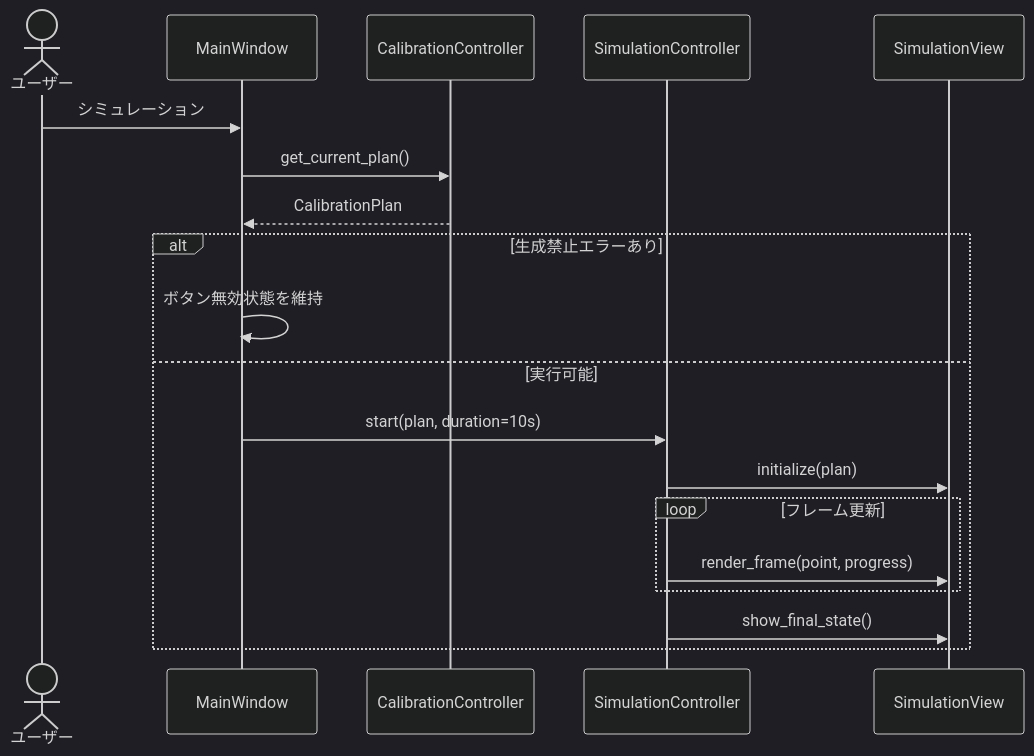
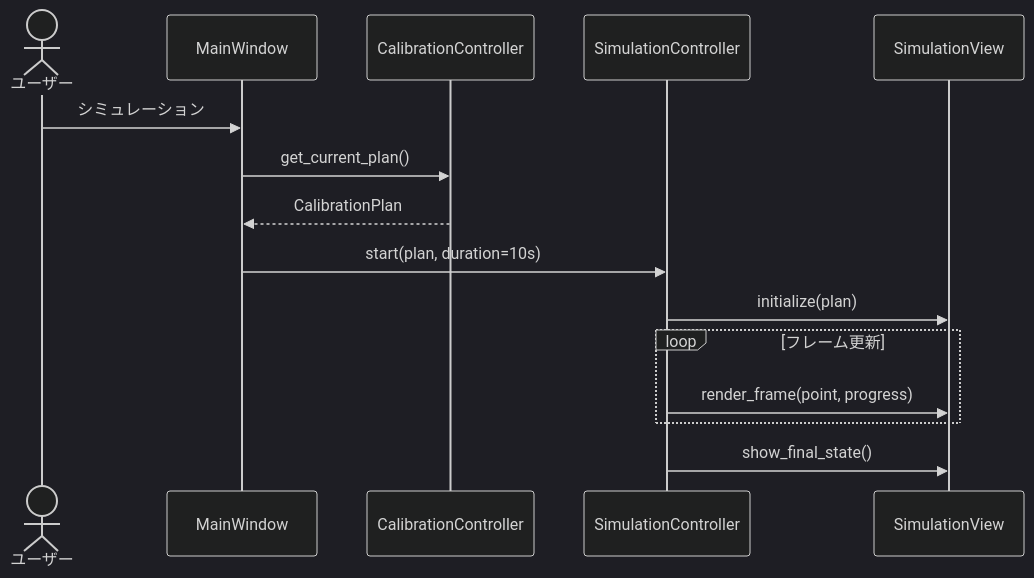
The sixth of 12 diagrams in docs/architecture_design.md (Pakfat50/FiveHolePitotTubeCalibration), drawn with Mermaid (dark theme) before and after one commit. The commit also changed other lines of this file, not shown here.

Commit message:
docs: split internal diagram into call tree and data flow

````diff
--- a/docs/architecture_design.md
+++ b/docs/architecture_design.md
@@ -190,22 +177,17 @@
 ```mermaid
 sequenceDiagram
     actor User as ユーザー
     participant MainWindow
     participant Controller as CalibrationController
     participant SimController as SimulationController
     participant SimView as SimulationView
-
     User->>MainWindow: シミュレーション
     MainWindow->>Controller: get_current_plan()
     Controller-->>MainWindow: CalibrationPlan
-    alt 生成禁止エラーあり
-        MainWindow->>MainWindow: ボタン無効状態を維持
-    else 実行可能
-        MainWindow->>SimController: start(plan, duration=10s)
-        SimController->>SimView: initialize(plan)
-        loop フレーム更新
-            SimController->>SimView: render_frame(point, progress)
-        end
-        SimController->>SimView: show_final_state()
+    MainWindow->>SimController: start(plan, duration=10s)
+    SimController->>SimView: initialize(plan)
+    loop フレーム更新
+        SimController->>SimView: render_frame(point, progress)
     end
+    SimController->>SimView: show_final_state()
 ```
````
